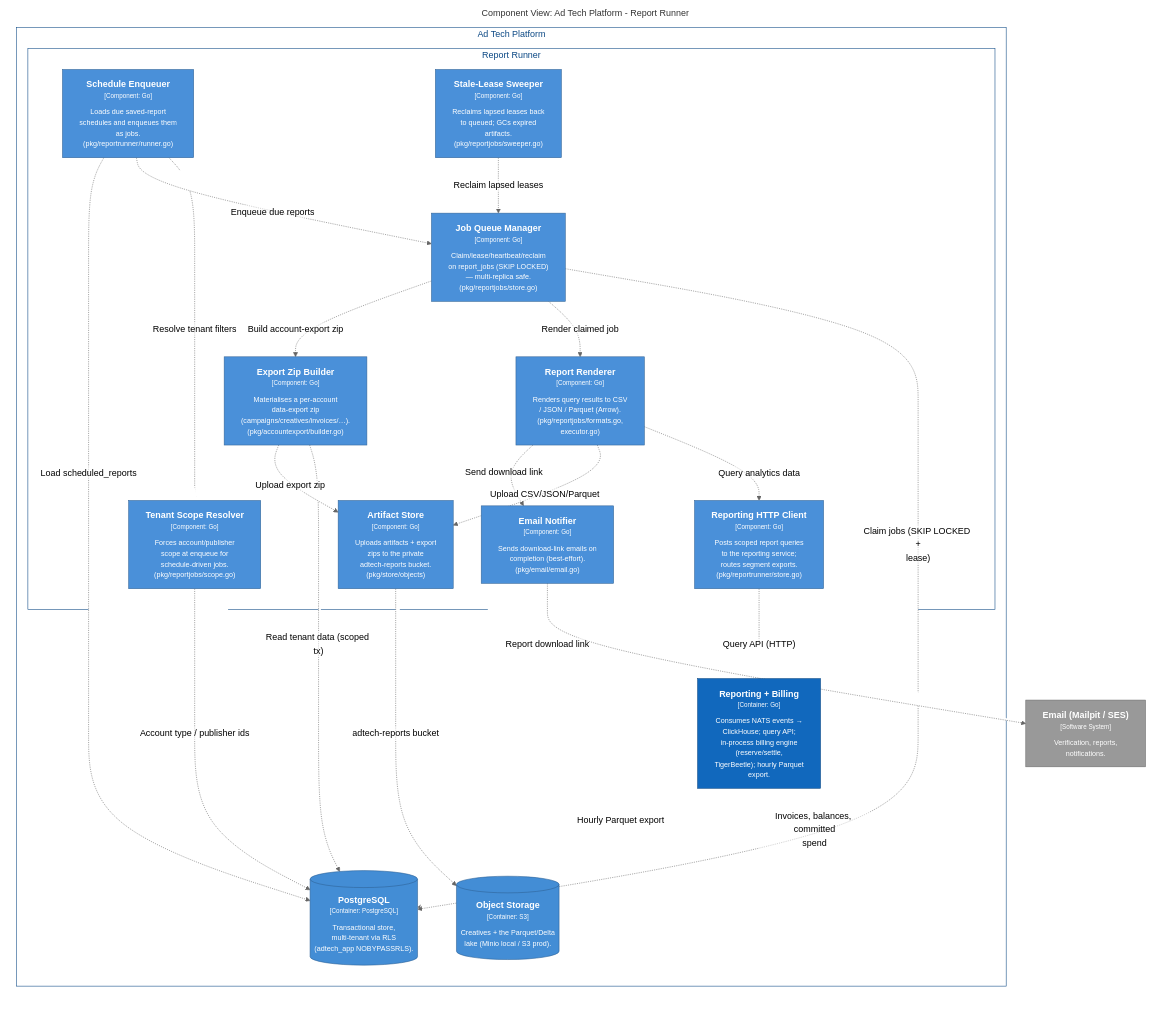
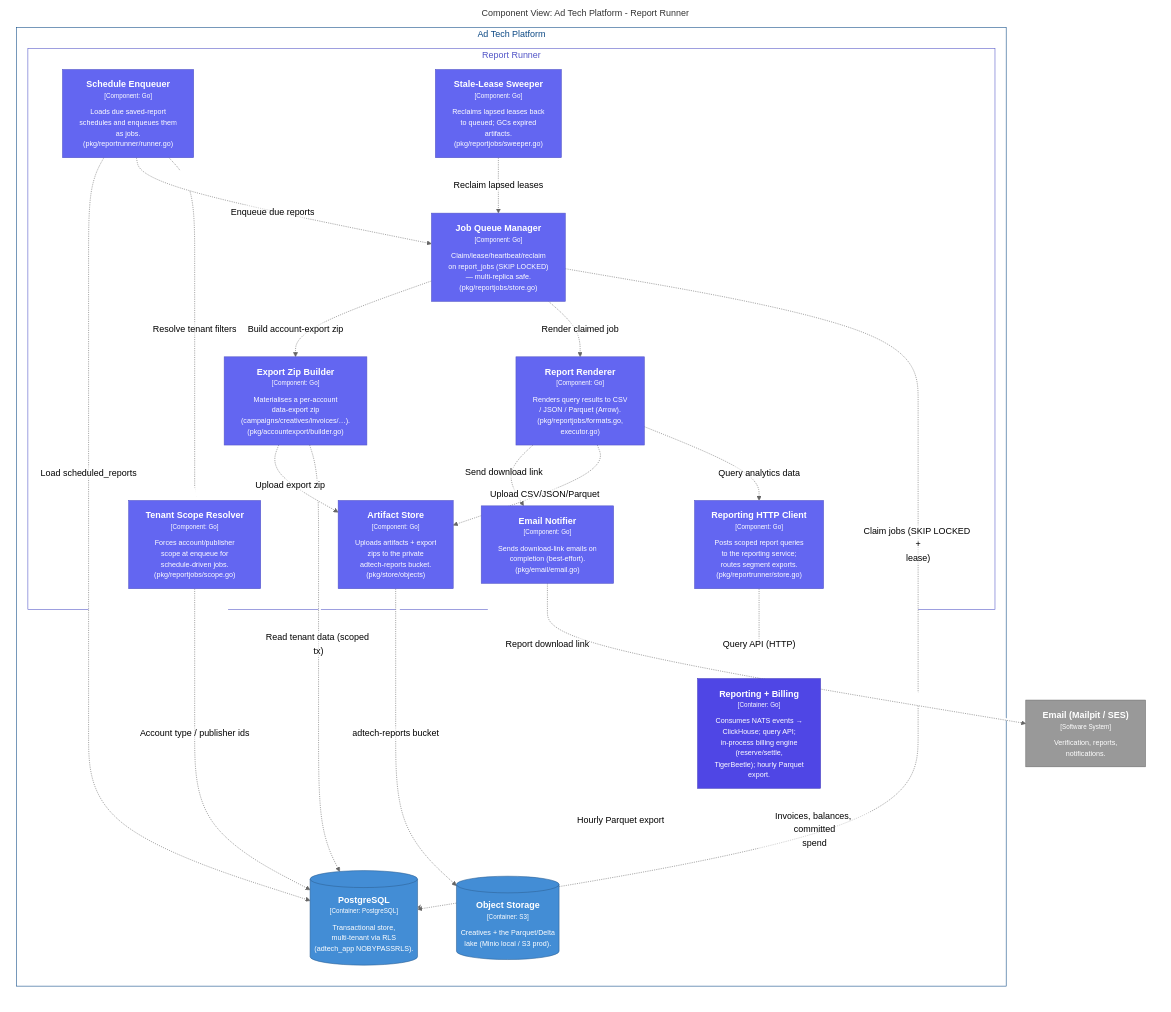
The diagram in web/static/diagrams/structurizr-ReportRunner-Components.md (MichaelJohnWatters/ad-tech-mono), drawn with Mermaid (neutral theme) before and after one commit. The commit also changed 19 other files, not shown here.

````diff
--- a/web/static/diagrams/structurizr-ReportRunner-Components.md
+++ b/web/static/diagrams/structurizr-ReportRunner-Components.md
@@ -1,65 +1,65 @@
 ```mermaid
 graph LR
   linkStyle default fill:#ffffff
 
   subgraph diagram ["Component View: Ad Tech Platform - Report Runner"]
     style diagram fill:#ffffff,stroke:#ffffff
 
     8["<div style='font-weight: bold'>Email (Mailpit / SES)</div><div style='font-size: 70%; margin-top: 0px'>[Software System]</div><div style='font-size: 80%; margin-top:10px'>Verification, reports,<br />notifications.</div>"]
     style 8 fill:#999999,stroke:#6b6b6b,color:#ffffff
 
     subgraph 9 ["Ad Tech Platform"]
       style 9 fill:#ffffff,stroke:#0b4884,color:#0b4884
 
       subgraph 115 ["Report Runner"]
-        style 115 fill:#ffffff,stroke:#0b4884,color:#0b4884
+        style 115 fill:#ffffff,stroke:#5255c7,color:#5255c7
 
         116["<div style='font-weight: bold'>Schedule Enqueuer</div><div style='font-size: 70%; margin-top: 0px'>[Component: Go]</div><div style='font-size: 80%; margin-top:10px'>Loads due saved-report<br />schedules and enqueues them<br />as jobs.<br />(pkg/reportrunner/runner.go)</div>"]
-        style 116 fill:#4a90d9,stroke:#336497,color:#ffffff
+        style 116 fill:#6366f1,stroke:#5255c7,color:#ffffff
         117["<div style='font-weight: bold'>Job Queue Manager</div><div style='font-size: 70%; margin-top: 0px'>[Component: Go]</div><div style='font-size: 80%; margin-top:10px'>Claim/lease/heartbeat/reclaim<br />on report_jobs (SKIP LOCKED)<br />— multi-replica safe.<br />(pkg/reportjobs/store.go)</div>"]
-        style 117 fill:#4a90d9,stroke:#336497,color:#ffffff
+        style 117 fill:#6366f1,stroke:#5255c7,color:#ffffff
         118["<div style='font-weight: bold'>Report Renderer</div><div style='font-size: 70%; margin-top: 0px'>[Component: Go]</div><div style='font-size: 80%; margin-top:10px'>Renders query results to CSV<br />/ JSON / Parquet (Arrow).<br />(pkg/reportjobs/formats.go,<br />executor.go)</div>"]
-        style 118 fill:#4a90d9,stroke:#336497,color:#ffffff
+        style 118 fill:#6366f1,stroke:#5255c7,color:#ffffff
         119["<div style='font-weight: bold'>Reporting HTTP Client</div><div style='font-size: 70%; margin-top: 0px'>[Component: Go]</div><div style='font-size: 80%; margin-top:10px'>Posts scoped report queries<br />to the reporting service;<br />routes segment exports.<br />(pkg/reportrunner/store.go)</div>"]
-        style 119 fill:#4a90d9,stroke:#336497,color:#ffffff
+        style 119 fill:#6366f1,stroke:#5255c7,color:#ffffff
         120["<div style='font-weight: bold'>Export Zip Builder</div><div style='font-size: 70%; margin-top: 0px'>[Component: Go]</div><div style='font-size: 80%; margin-top:10px'>Materialises a per-account<br />data-export zip<br />(campaigns/creatives/invoices/…).<br />(pkg/accountexport/builder.go)</div>"]
-        style 120 fill:#4a90d9,stroke:#336497,color:#ffffff
+        style 120 fill:#6366f1,stroke:#5255c7,color:#ffffff
         121["<div style='font-weight: bold'>Email Notifier</div><div style='font-size: 70%; margin-top: 0px'>[Component: Go]</div><div style='font-size: 80%; margin-top:10px'>Sends download-link emails on<br />completion (best-effort).<br />(pkg/email/email.go)</div>"]
-        style 121 fill:#4a90d9,stroke:#336497,color:#ffffff
+        style 121 fill:#6366f1,stroke:#5255c7,color:#ffffff
         122["<div style='font-weight: bold'>Artifact Store</div><div style='font-size: 70%; margin-top: 0px'>[Component: Go]</div><div style='font-size: 80%; margin-top:10px'>Uploads artifacts + export<br />zips to the private<br />adtech-reports bucket.<br />(pkg/store/objects)</div>"]
-        style 122 fill:#4a90d9,stroke:#336497,color:#ffffff
+        style 122 fill:#6366f1,stroke:#5255c7,color:#ffffff
         123["<div style='font-weight: bold'>Stale-Lease Sweeper</div><div style='font-size: 70%; margin-top: 0px'>[Component: Go]</div><div style='font-size: 80%; margin-top:10px'>Reclaims lapsed leases back<br />to queued; GCs expired<br />artifacts.<br />(pkg/reportjobs/sweeper.go)</div>"]
-        style 123 fill:#4a90d9,stroke:#336497,color:#ffffff
+        style 123 fill:#6366f1,stroke:#5255c7,color:#ffffff
         124["<div style='font-weight: bold'>Tenant Scope Resolver</div><div style='font-size: 70%; margin-top: 0px'>[Component: Go]</div><div style='font-size: 80%; margin-top:10px'>Forces account/publisher<br />scope at enqueue for<br />schedule-driven jobs.<br />(pkg/reportjobs/scope.go)</div>"]
-        style 124 fill:#4a90d9,stroke:#336497,color:#ffffff
+        style 124 fill:#6366f1,stroke:#5255c7,color:#ffffff
       end
 
       145[("<div style='font-weight: bold'>PostgreSQL</div><div style='font-size: 70%; margin-top: 0px'>[Container: PostgreSQL]</div><div style='font-size: 80%; margin-top:10px'>Transactional store,<br />multi-tenant via RLS<br />(adtech_app NOBYPASSRLS).</div>")]
       style 145 fill:#438dd5,stroke:#2e6295,color:#ffffff
       149[("<div style='font-weight: bold'>Object Storage</div><div style='font-size: 70%; margin-top: 0px'>[Container: S3]</div><div style='font-size: 80%; margin-top:10px'>Creatives + the Parquet/Delta<br />lake (Minio local / S3 prod).</div>")]
       style 149 fill:#438dd5,stroke:#2e6295,color:#ffffff
       85["<div style='font-weight: bold'>Reporting + Billing</div><div style='font-size: 70%; margin-top: 0px'>[Container: Go]</div><div style='font-size: 80%; margin-top:10px'>Consumes NATS events →<br />ClickHouse; query API;<br />in-process billing engine<br />(reserve/settle,<br />TigerBeetle); hourly Parquet<br />export.</div>"]
-      style 85 fill:#1168bd,stroke:#0b4884,color:#ffffff
+      style 85 fill:#4f46e5,stroke:#413abd,color:#ffffff
     end
 
     85-. "<div>Invoices, balances, committed<br />spend</div><div style='font-size: 70%'></div>" .->145
     85-. "<div>Hourly Parquet export</div><div style='font-size: 70%'></div>" .->149
     116-. "<div>Resolve tenant filters</div><div style='font-size: 70%'></div>" .->124
     116-. "<div>Enqueue due reports</div><div style='font-size: 70%'></div>" .->117
     116-. "<div>Load scheduled_reports</div><div style='font-size: 70%'></div>" .->145
     117-. "<div>Claim jobs (SKIP LOCKED +<br />lease)</div><div style='font-size: 70%'></div>" .->145
     117-. "<div>Render claimed job</div><div style='font-size: 70%'></div>" .->118
     117-. "<div>Build account-export zip</div><div style='font-size: 70%'></div>" .->120
     123-. "<div>Reclaim lapsed leases</div><div style='font-size: 70%'></div>" .->117
     124-. "<div>Account type / publisher ids</div><div style='font-size: 70%'></div>" .->145
     118-. "<div>Query analytics data</div><div style='font-size: 70%'></div>" .->119
     118-. "<div>Upload CSV/JSON/Parquet</div><div style='font-size: 70%'></div>" .->122
     118-. "<div>Send download link</div><div style='font-size: 70%'></div>" .->121
     120-. "<div>Read tenant data (scoped tx)</div><div style='font-size: 70%'></div>" .->145
     120-. "<div>Upload export zip</div><div style='font-size: 70%'></div>" .->122
     119-. "<div>Query API (HTTP)</div><div style='font-size: 70%'></div>" .->85
     122-. "<div>adtech-reports bucket</div><div style='font-size: 70%'></div>" .->149
     121-. "<div>Report download link</div><div style='font-size: 70%'></div>" .->8
 
   end
 ```
````
